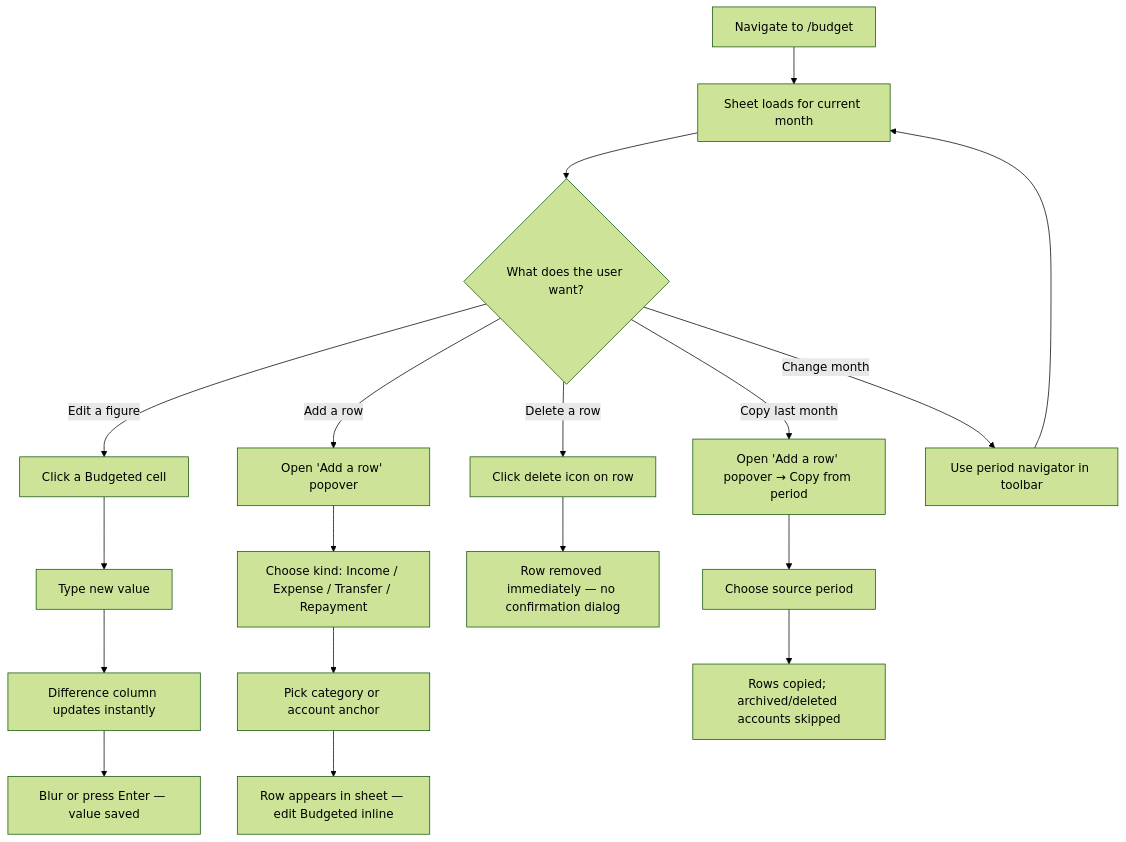
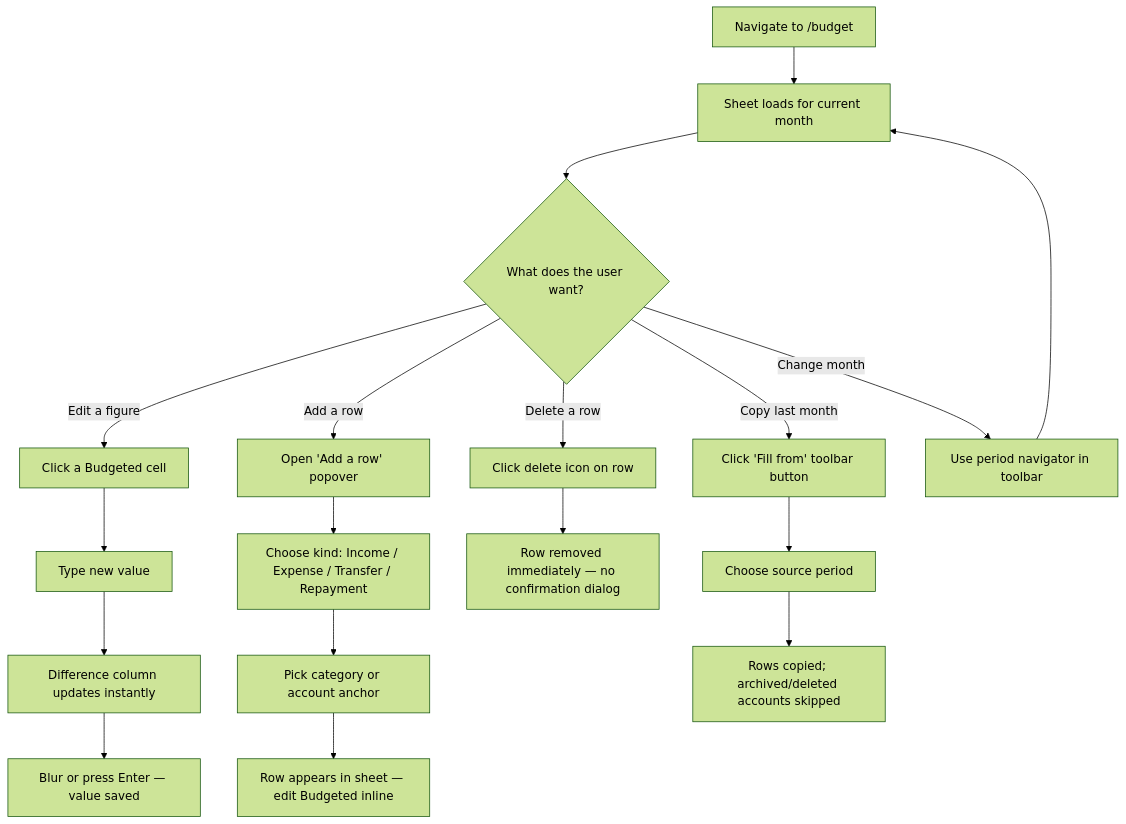
Before and after one commit to JRRS1982/halcyon: the diagram in docs/user-journeys/update-a-budget.md, drawn with Mermaid (forest theme). The commit also changed other lines of this file, not shown here.

Commit message:
JRRS1982/audit-auth-fixes: fix Fill from vs Add a row in budget journey
'Fill from' is a separate toolbar button, not accessed through the
'Add a row' popover — two sibling buttons, not nested.

````diff
--- a/docs/user-journeys/update-a-budget.md
+++ b/docs/user-journeys/update-a-budget.md
@@ -7,25 +7,25 @@
 ```mermaid
 flowchart TD
     A[Navigate to /budget] --> B[Sheet loads for current month]
     B --> C{What does the user want?}
 
     C -->|Edit a figure| D[Click a Budgeted cell]
     D --> E[Type new value]
     E --> F[Difference column updates instantly]
     F --> G[Blur or press Enter — value saved]
 
     C -->|Add a row| H[Open 'Add a row' popover]
     H --> I[Choose kind: Income / Expense / Transfer / Repayment]
     I --> J[Pick category or account anchor]
     J --> K[Row appears in sheet — edit Budgeted inline]
 
     C -->|Delete a row| L[Click delete icon on row]
     L --> M[Row removed immediately — no confirmation dialog]
 
-    C -->|Copy last month| N[Open 'Add a row' popover → Copy from period]
+    C -->|Copy last month| N[Click 'Fill from' toolbar button]
     N --> O[Choose source period]
     O --> P[Rows copied; archived/deleted accounts skipped]
 
     C -->|Change month| Q[Use period navigator in toolbar]
     Q --> B
 ```
````
